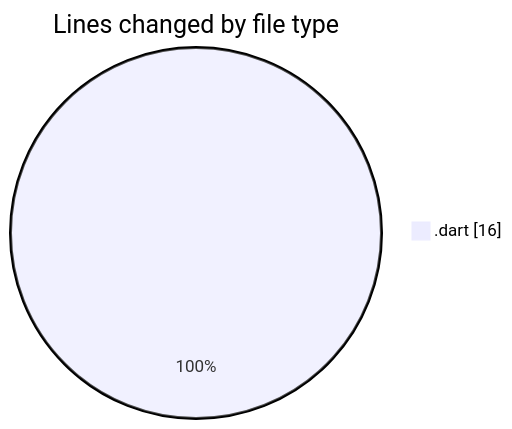
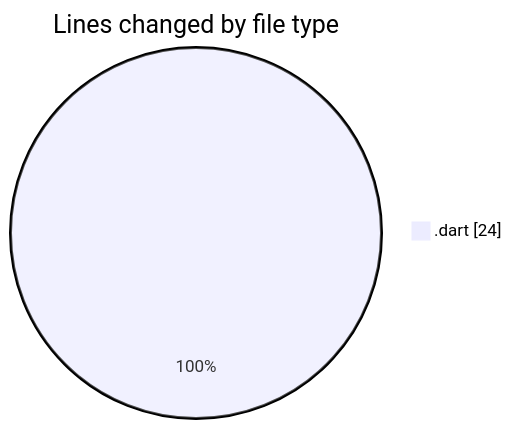
The first of 2 diagrams in 2025-03-26/elitesun/README.md (Elitesun/code-tracking), drawn with Mermaid before and after one commit. The commit also changed other lines of this file and 1 other file, not shown here.

````diff
--- a/2025-03-26/elitesun/README.md
+++ b/2025-03-26/elitesun/README.md
@@ -20,5 +20,5 @@
 ```mermaid
 pie showData
 title Lines changed by file type
-".dart" : 16
+".dart" : 24
 ```
````
